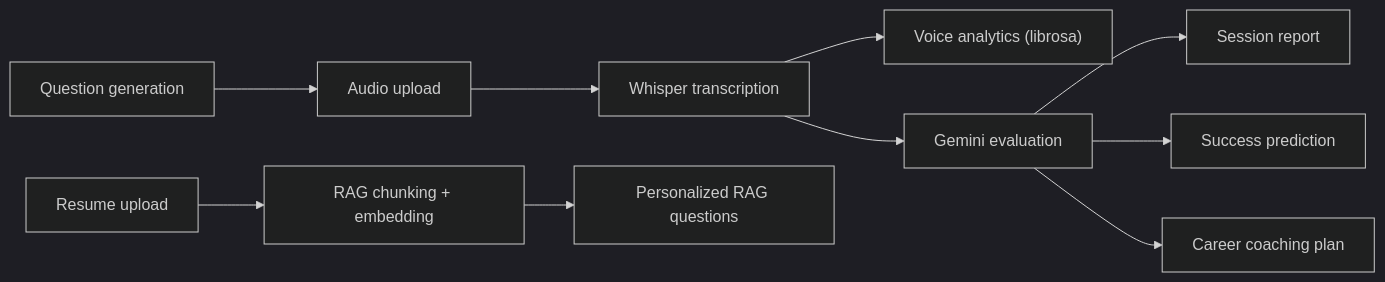
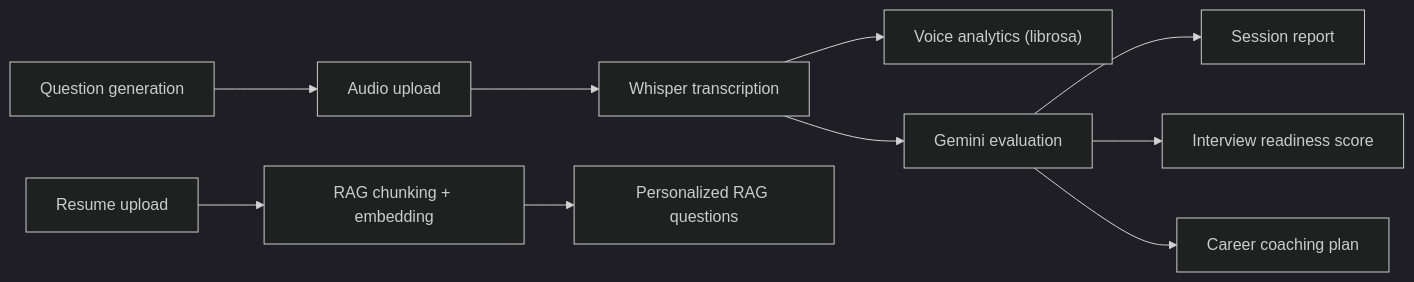
The sixth of 6 diagrams in docs/ARCHITECTURE.md (KeerthanaPothula/ai-interview-intelligence-platform), drawn with Mermaid (dark theme) before and after one commit. The commit also changed other lines of this file and 42 other files, not shown here.

````diff
--- a/docs/ARCHITECTURE.md
+++ b/docs/ARCHITECTURE.md
@@ -197,12 +198,12 @@
 ```mermaid
 flowchart LR
     Q["Question generation"] --> U["Audio upload"]
     U --> T["Whisper transcription"]
     T --> V["Voice analytics (librosa)"]
     T --> E["Gemini evaluation"]
     E --> Rep["Session report"]
-    E --> Pred["Success prediction"]
+    E --> Pred["Interview readiness score"]
     E --> Coach["Career coaching plan"]
     R["Resume upload"] --> Chunk["RAG chunking + embedding"]
     Chunk --> RQ["Personalized RAG questions"]
 ```
````
